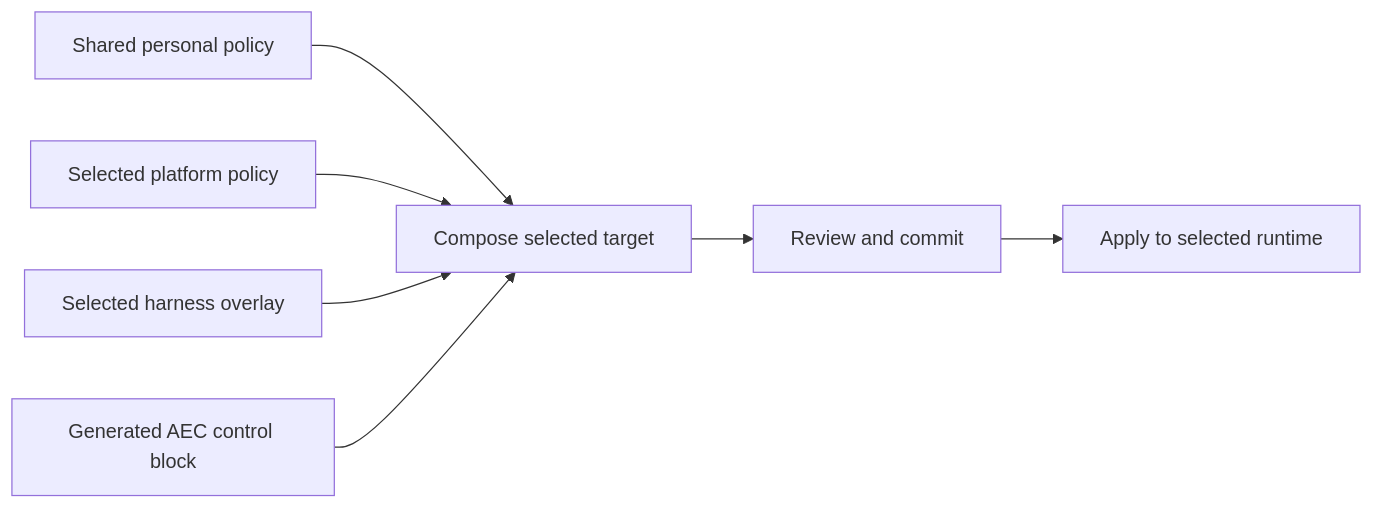
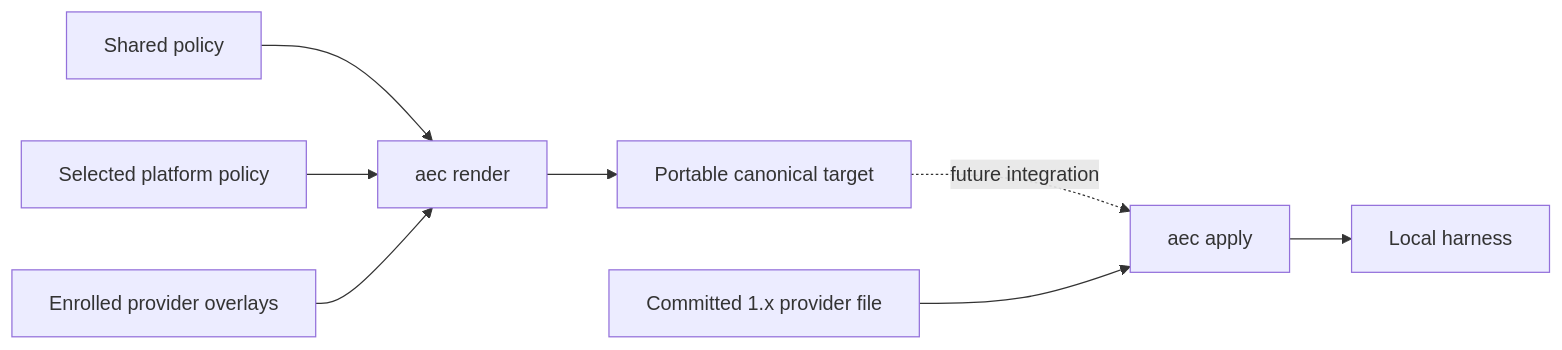
One commit to ferrywlto/ai-env-as-code changed the first of 6 diagrams in docs/shared-instructions-design.md. Above: the diagram before and after it, drawn with Mermaid. The commit also changed other lines of this file and 3 other files, not shown here.

Commit message:
Make AEC documentation diagram-first

````diff
--- a/docs/shared-instructions-design.md
+++ b/docs/shared-instructions-design.md
@@ -10,9 +6,10 @@
 ```mermaid
 flowchart LR
-    Shared[Shared personal policy] --> Compose[Compose selected target]
-    Platform[Selected platform policy] --> Compose
-    Harness[Selected harness overlay] --> Compose
-    AEC[Generated AEC control block] --> Compose
-    Compose --> Review[Review and commit]
-    Review --> Apply[Apply to selected runtime]
+    Shared[Shared policy] --> Render["aec render"]
+    Platform[Selected platform policy] --> Render
+    Provider[Enrolled provider overlays] --> Render
+    Render --> Target[Portable canonical target]
+    Target -.->|future integration| Apply["aec apply"]
+    Legacy[Committed 1.x provider file] --> Apply
+    Apply --> Runtime[Local harness]
 ```
````
